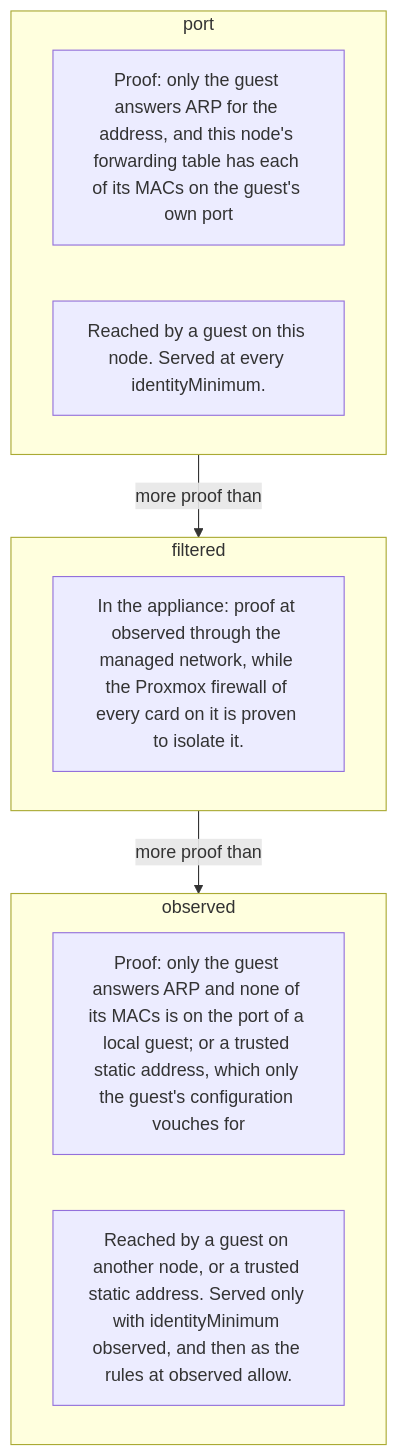
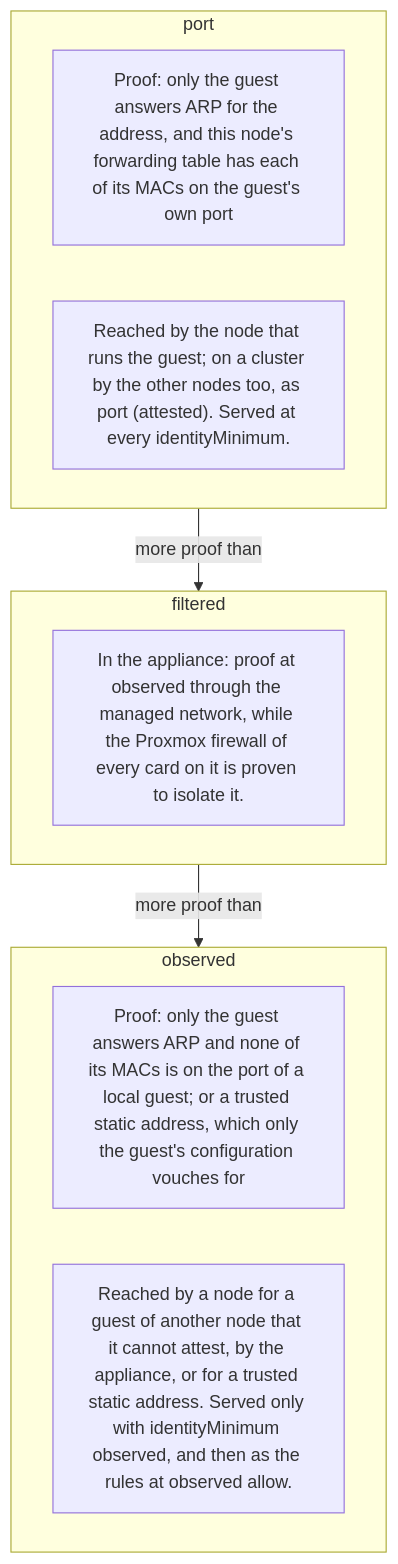
One commit to anaryk/proxmox-cloudflared-operator changed the first of 3 diagrams in docs/identity.md. Above: the diagram before and after it, drawn with Mermaid. The commit also changed other lines of this file and 23 other files, not shown here.

````diff
--- a/docs/identity.md
+++ b/docs/identity.md
@@ -70,16 +70,16 @@
 ```mermaid
 flowchart TB
     subgraph port["port"]
         portProof["Proof: only the guest answers ARP for the address, and this node's forwarding table has each of its MACs on the guest's own port"]
-        portServes["Reached by a guest on this node. Served at every identityMinimum."]
+        portServes["Reached by the node that runs the guest; on a cluster by the other nodes too, as port (attested). Served at every identityMinimum."]
     end
     subgraph filtered["filtered"]
         filteredProof["In the appliance: proof at observed through the managed network, while the Proxmox firewall of every card on it is proven to isolate it."]
     end
     subgraph observed["observed"]
         observedProof["Proof: only the guest answers ARP and none of its MACs is on the port of a local guest; or a trusted static address, which only the guest's configuration vouches for"]
-        observedServes["Reached by a guest on another node, or a trusted static address. Served only with identityMinimum observed, and then as the rules at observed allow."]
+        observedServes["Reached by a node for a guest of another node that it cannot attest, by the appliance, or for a trusted static address. Served only with identityMinimum observed, and then as the rules at observed allow."]
     end
     port -->|"more proof than"| filtered
     filtered -->|"more proof than"| observed
 ```
````
